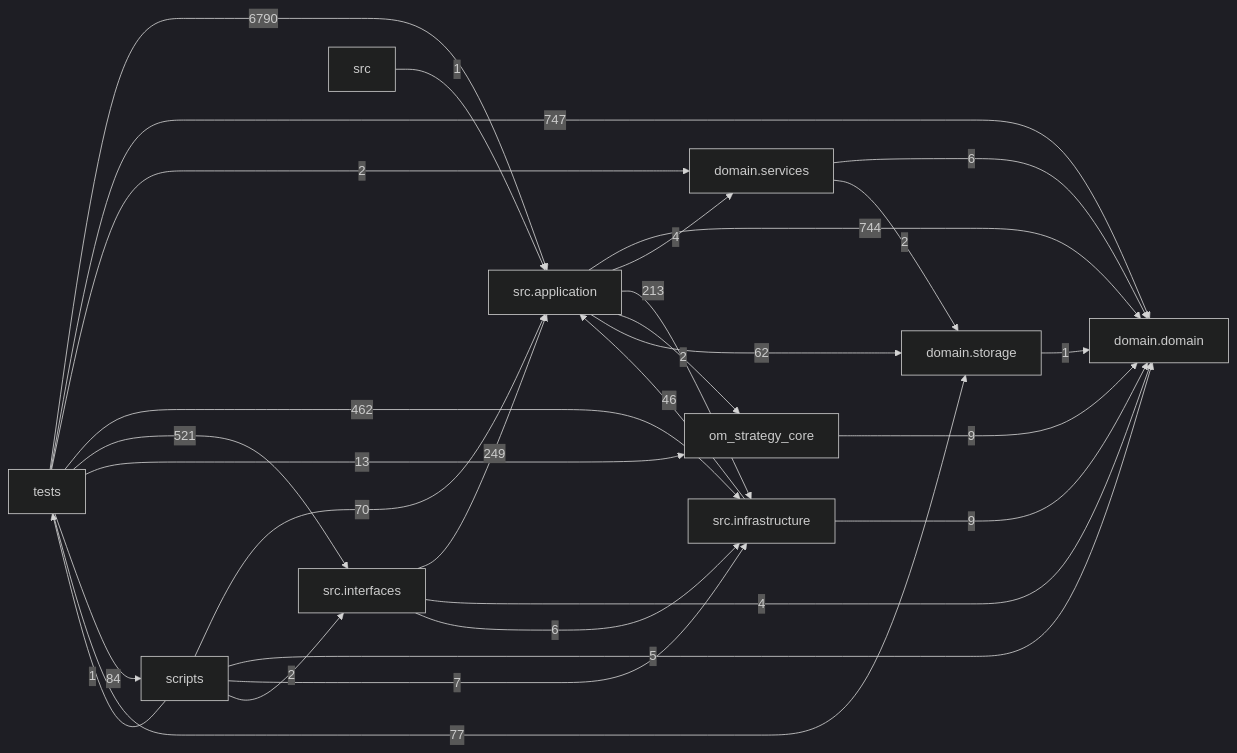
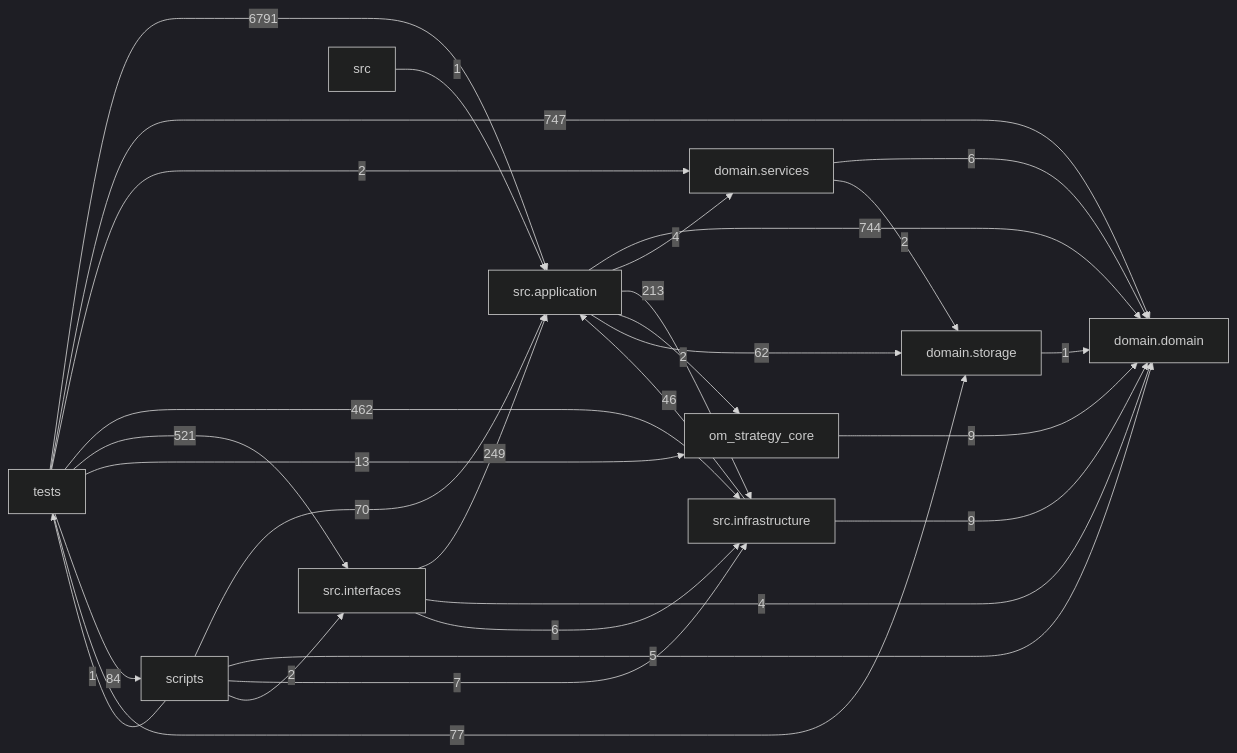
The diagram in docs/DEPENDENCY_GRAPH.md (liuxie066/options-monitor), drawn with Mermaid (dark theme) before and after one commit. The commit also changed other lines of this file and 9 other files, not shown here.

````diff
--- a/docs/DEPENDENCY_GRAPH.md
+++ b/docs/DEPENDENCY_GRAPH.md
@@ -24,39 +24,39 @@
 ```mermaid
 flowchart LR
   tests["tests"]
   scripts["scripts"]
   interfaces["src.interfaces"]
   application["src.application"]
   infrastructure["src.infrastructure"]
   domain_services["domain.services"]
   domain["domain.domain"]
   storage["domain.storage"]
   application -->|744| domain
   application -->|4| domain_services
   application -->|213| infrastructure
   application -->|2| om_strategy_core
   application -->|62| storage
   domain_services -->|6| domain
   domain_services -->|2| storage
   infrastructure -->|46| application
   infrastructure -->|9| domain
   interfaces -->|249| application
   interfaces -->|4| domain
   interfaces -->|6| infrastructure
   om_strategy_core -->|9| domain
   scripts -->|70| application
   scripts -->|5| domain
   scripts -->|7| infrastructure
   scripts -->|2| interfaces
   scripts -->|1| tests
   src -->|1| application
   storage -->|1| domain
-  tests -->|6790| application
+  tests -->|6791| application
   tests -->|747| domain
   tests -->|2| domain_services
   tests -->|462| infrastructure
   tests -->|521| interfaces
   tests -->|13| om_strategy_core
   tests -->|84| scripts
   tests -->|77| storage
 ```
````
